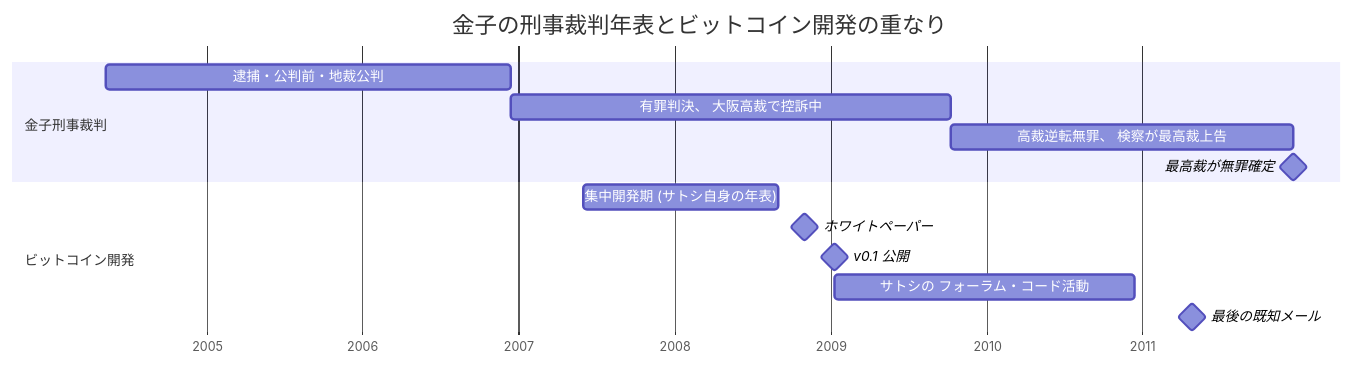
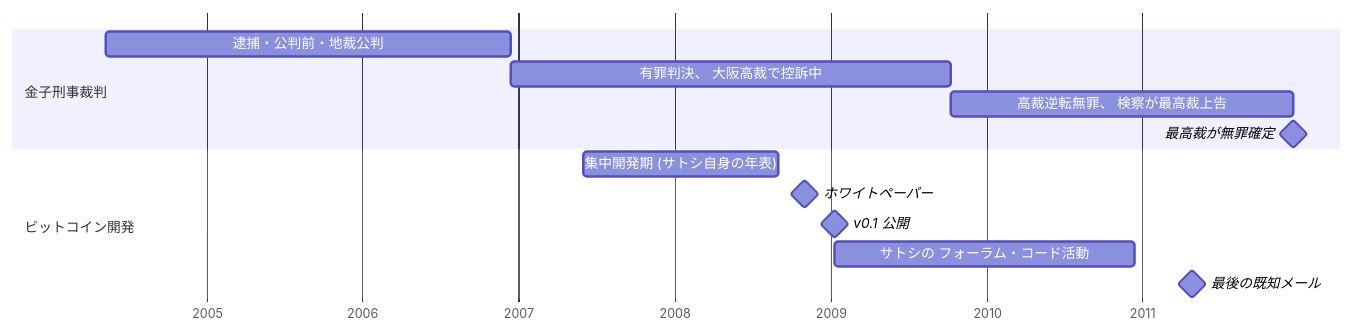
Before and after one commit to cypher256/BitcoinArchive: the diagram in src/data/translations/ja/analysis/2013-07-06-kaneko-isamu-satoshi-identity-hypothesis.md, drawn with Mermaid. The commit also changed other lines of this file and 50 other files, not shown here.

````diff
--- a/src/data/translations/ja/analysis/2013-07-06-kaneko-isamu-satoshi-identity-hypothesis.md
+++ b/src/data/translations/ja/analysis/2013-07-06-kaneko-isamu-satoshi-identity-hypothesis.md
@@ -100,17 +103,16 @@
 ```mermaid
 gantt
-    title 金子の刑事裁判年表とビットコイン開発の重なり
     dateFormat YYYY-MM-DD
     axisFormat %Y
     section 金子刑事裁判
         逮捕・公判前・地裁公判          :k1, 2004-05-10, 2006-12-13
         有罪判決、 大阪高裁で控訴中      :k2, 2006-12-13, 2009-10-08
         高裁逆転無罪、 検察が最高裁上告  :k3, 2009-10-08, 2011-12-19
         最高裁が無罪確定                :milestone, 2011-12-20, 0d
     section ビットコイン開発
         集中開発期 (サトシ自身の年表)   :b0, 2007-06-01, 2008-09-01
         ホワイトペーパー                :milestone, 2008-10-31, 0d
         v0.1 公開                       :milestone, 2009-01-09, 0d
         サトシの フォーラム・コード活動  :b1, 2009-01-09, 2010-12-12
         最後の既知メール                :milestone, 2011-04-26, 0d
 ```
````
